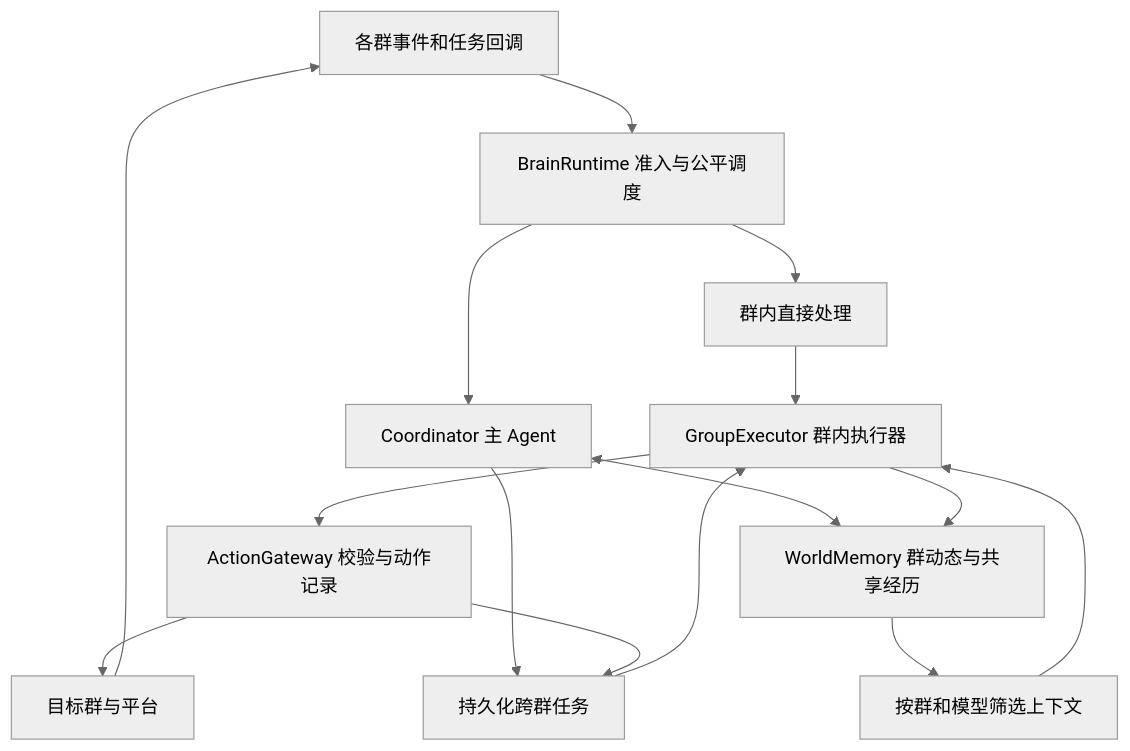
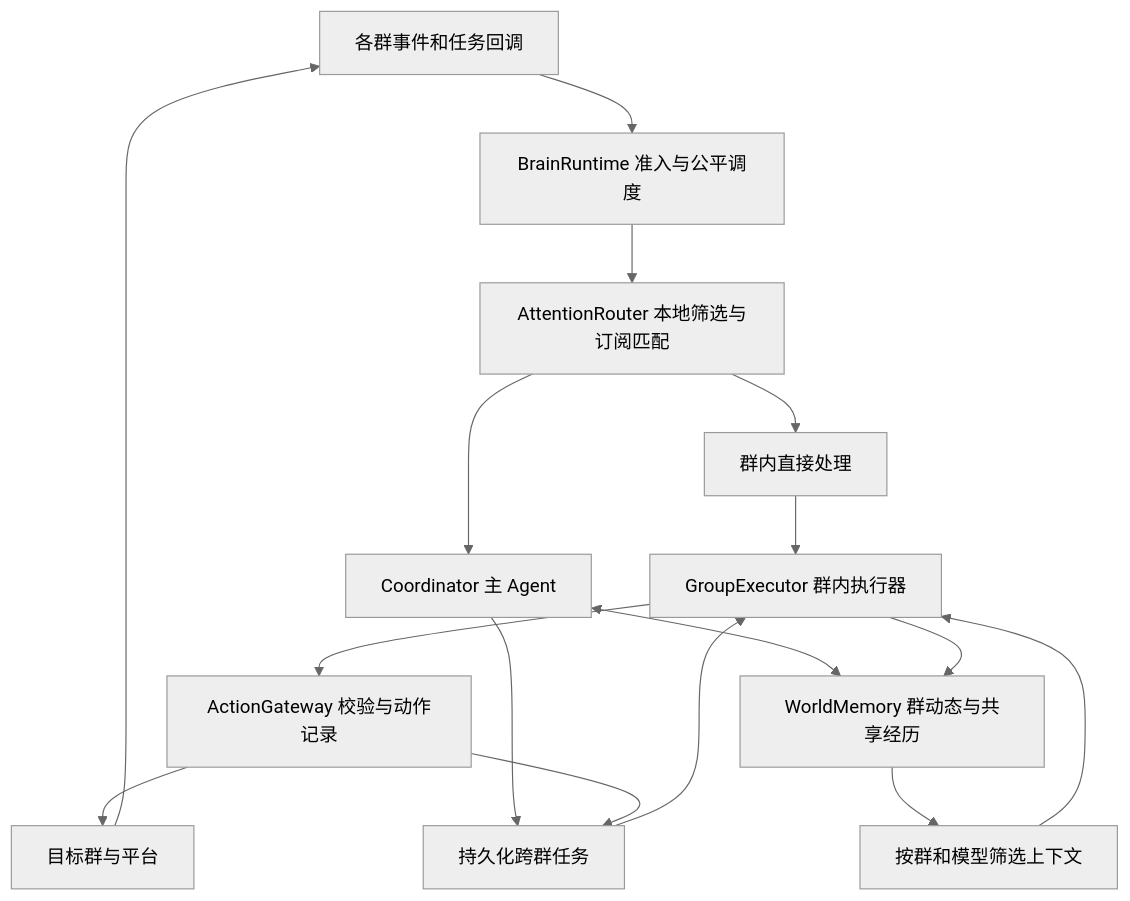
One commit to yaowan233/nonebot-plugin-ai-groupmate changed the first of 2 diagrams in docs/cross-group-agent-framework.md. Above: the diagram before and after it, drawn with Mermaid (neutral theme). The commit also changed other lines of this file, not shown here.

Commit message:
docs: define selective attention and task event correlation

````diff
--- a/docs/cross-group-agent-framework.md
+++ b/docs/cross-group-agent-framework.md
@@ -50,17 +50,18 @@
 ```mermaid
 flowchart TD
     I[各群事件和任务回调] --> R[BrainRuntime 准入与公平调度]
-    R --> L[群内直接处理]
-    R --> C[Coordinator 主 Agent]
+    R --> F[AttentionRouter 本地筛选与订阅匹配]
+    F --> L[群内直接处理]
+    F --> C[Coordinator 主 Agent]
     C <--> W[WorldMemory 群动态与共享经历]
     C --> T[持久化跨群任务]
     T --> E[GroupExecutor 群内执行器]
     L --> E
     W --> V[按群和模型筛选上下文]
     V --> E
     E --> G[ActionGateway 校验与动作记录]
     G --> P[目标群与平台]
     P --> I
     G --> T
     E --> W
 ```
````
